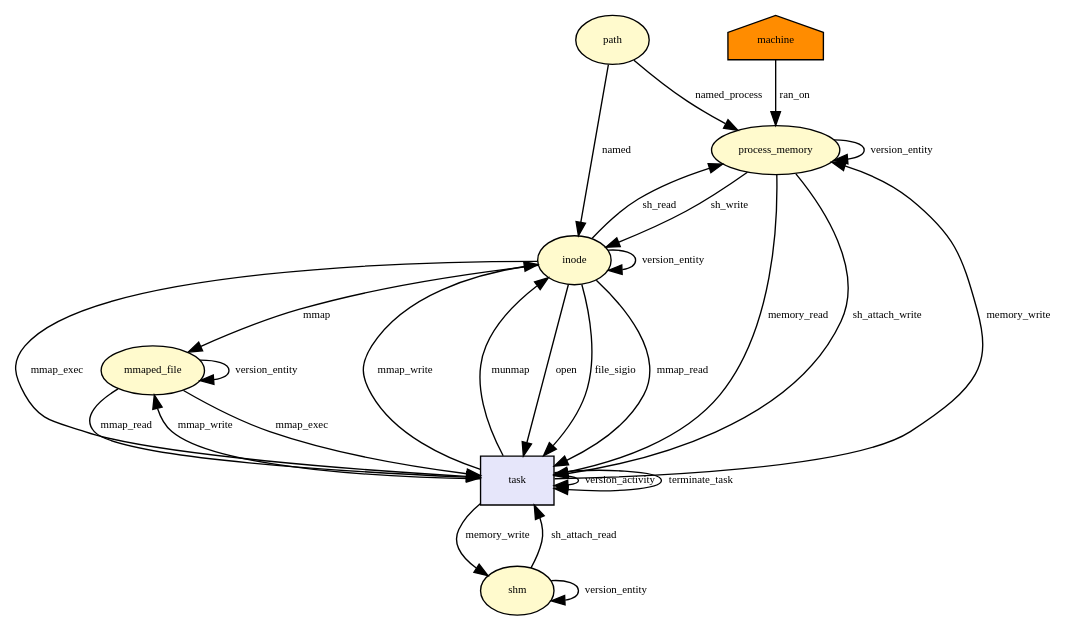
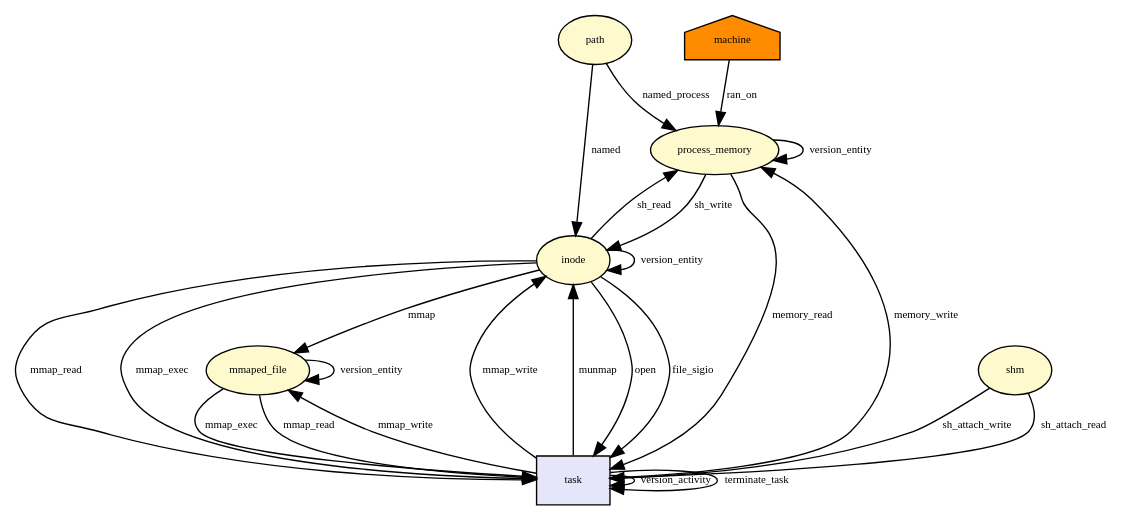
Before and after one commit to CamFlow/camflow-dev: the diagram in docs/dot/__x64_sys_shmat.dot, drawn with Graphviz. The commit also changed 2 other files, not shown here.

```diff
--- a/docs/dot/__x64_sys_shmat.dot
+++ b/docs/dot/__x64_sys_shmat.dot
@@ -1,67 +1,63 @@
 digraph RGL__DirectedAdjacencyGraph {path[fontsize = 8,label = path,shape = ellipse, fillcolor="#fffacd", style = filled]
 
 process_memory[fontsize = 8,label = process_memory,shape = ellipse, fillcolor="#fffacd", style = filled]
 
 path -> process_memory[fontsize = 8,label = named_process]
 
 machine[fontsize = 8,label = machine,shape = house, fillcolor="#ff8c00", style = filled]
 
 machine -> process_memory[fontsize = 8,label = ran_on]
 
 inode[fontsize = 8,label = inode,shape = ellipse, fillcolor="#fffacd", style = filled]
 
 path -> inode[fontsize = 8,label = named]
 
 task[fontsize = 8,label = task,shape = rectangle, fillcolor="#e6e6fa", style = filled]
 
 inode -> task[fontsize = 8,label = open]
 
 task -> process_memory[fontsize = 8,label = memory_write]
 
 task -> task[fontsize = 8,label = version_activity]
 
 process_memory -> process_memory[fontsize = 8,label = version_entity]
 
 process_memory -> inode[fontsize = 8,label = sh_write]
 
 inode -> inode[fontsize = 8,label = version_entity]
 
 inode -> task[fontsize = 8,label = file_sigio]
 
 process_memory -> task[fontsize = 8,label = memory_read]
 
 task -> inode[fontsize = 8,label = mmap_write]
 
 inode -> process_memory[fontsize = 8,label = sh_read]
 
 inode -> task[fontsize = 8,label = mmap_read]
 
 inode -> task[fontsize = 8,label = mmap_exec]
 
 mmaped_file[fontsize = 8,label = mmaped_file,shape = ellipse, fillcolor="#fffacd", style = filled]
 
 inode -> mmaped_file[fontsize = 8,label = mmap]
 
 mmaped_file -> mmaped_file[fontsize = 8,label = version_entity]
 
 task -> mmaped_file[fontsize = 8,label = mmap_write]
 
 mmaped_file -> task[fontsize = 8,label = mmap_read]
 
 mmaped_file -> task[fontsize = 8,label = mmap_exec]
 
 task -> inode[fontsize = 8,label = munmap]
 
 shm[fontsize = 8,label = shm,shape = ellipse, fillcolor="#fffacd", style = filled]
 
 shm -> task[fontsize = 8,label = sh_attach_read]
 
-process_memory -> task[fontsize = 8,label = sh_attach_write]
-
-task -> shm[fontsize = 8,label = memory_write]
-
-shm -> shm[fontsize = 8,label = version_entity]
+shm -> task[fontsize = 8,label = sh_attach_write]
 
 task -> task[fontsize = 8,label = terminate_task]
 
 }
```
